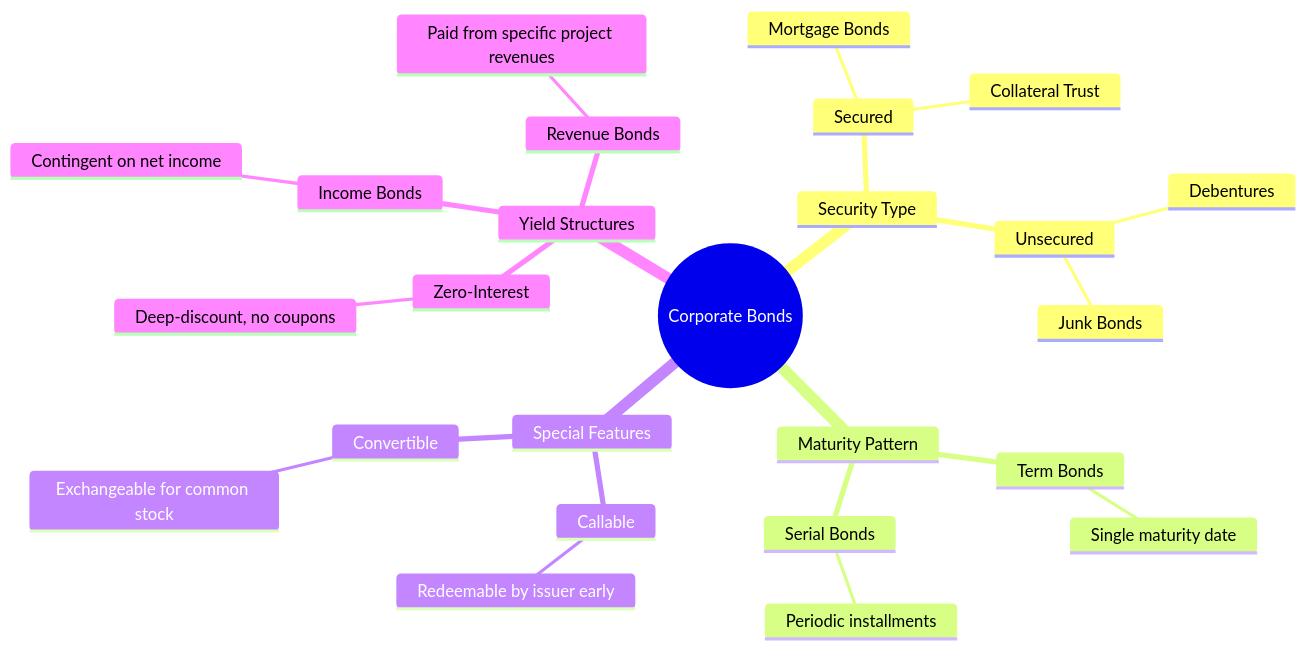
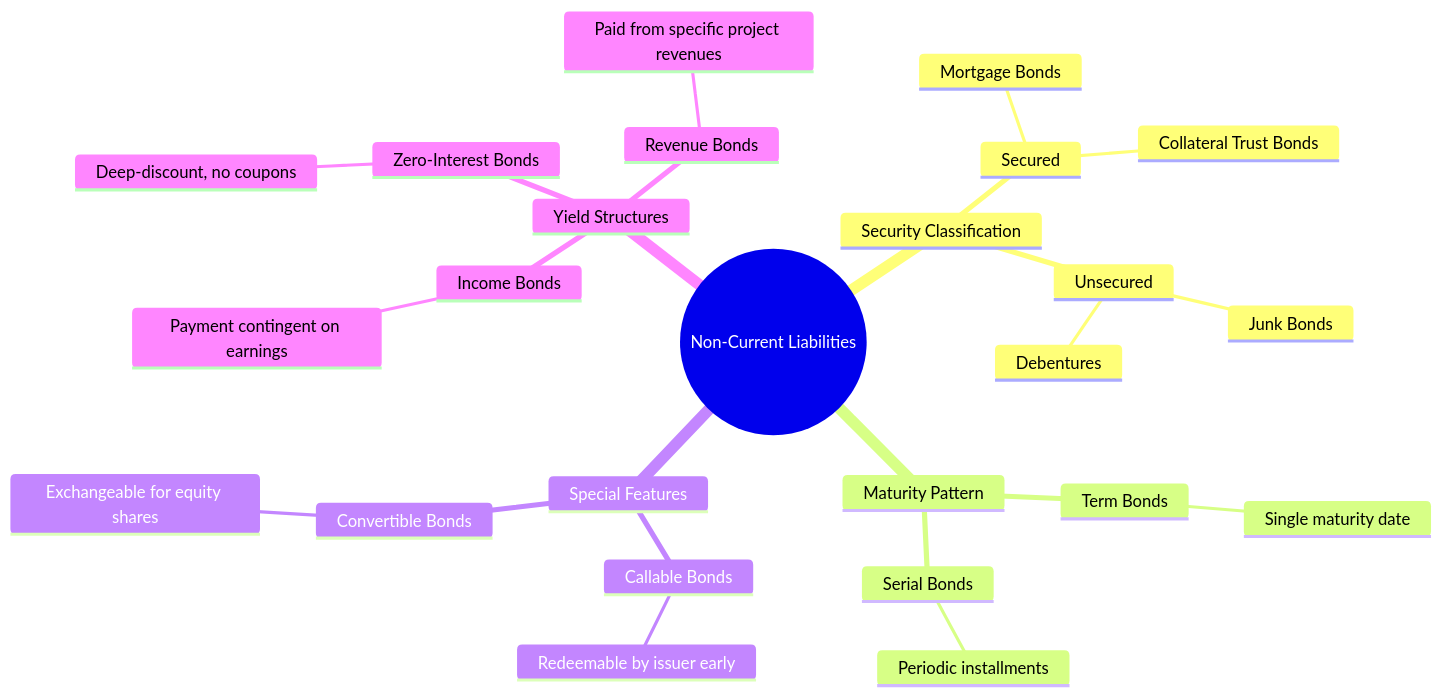
One commit to Soohaeib/shared-obsidian-notes changed the first of 3 diagrams in note-res/ai-comprehension/acc-301-intermediate-accounting/phase-3/acc-301-notes-step-11.md. Above: the diagram before and after it, drawn with Mermaid. The commit also changed other lines of this file and 18 other files, not shown here.

````diff
--- a/note-res/ai-comprehension/acc-301-intermediate-accounting/phase-3/acc-301-notes-step-11.md
+++ b/note-res/ai-comprehension/acc-301-intermediate-accounting/phase-3/acc-301-notes-step-11.md
@@ -21,28 +22,28 @@
 ```mermaid
 mindmap
-  root((Corporate Bonds))
-    Security Type
+  root((Non-Current Liabilities))
+    Security Classification
       Secured
         Mortgage Bonds
-        Collateral Trust
+        Collateral Trust Bonds
       Unsecured
         Debentures
         Junk Bonds
     Maturity Pattern
       Term Bonds
         Single maturity date
       Serial Bonds
         Periodic installments
     Special Features
-      Callable
+      Callable Bonds
         Redeemable by issuer early
-      Convertible
-        Exchangeable for common stock
+      Convertible Bonds
+        Exchangeable for equity shares
     Yield Structures
-      Zero-Interest
+      Zero-Interest Bonds
         Deep-discount, no coupons
       Income Bonds
-        Contingent on net income
+        Payment contingent on earnings
       Revenue Bonds
         Paid from specific project revenues
 ```
````
